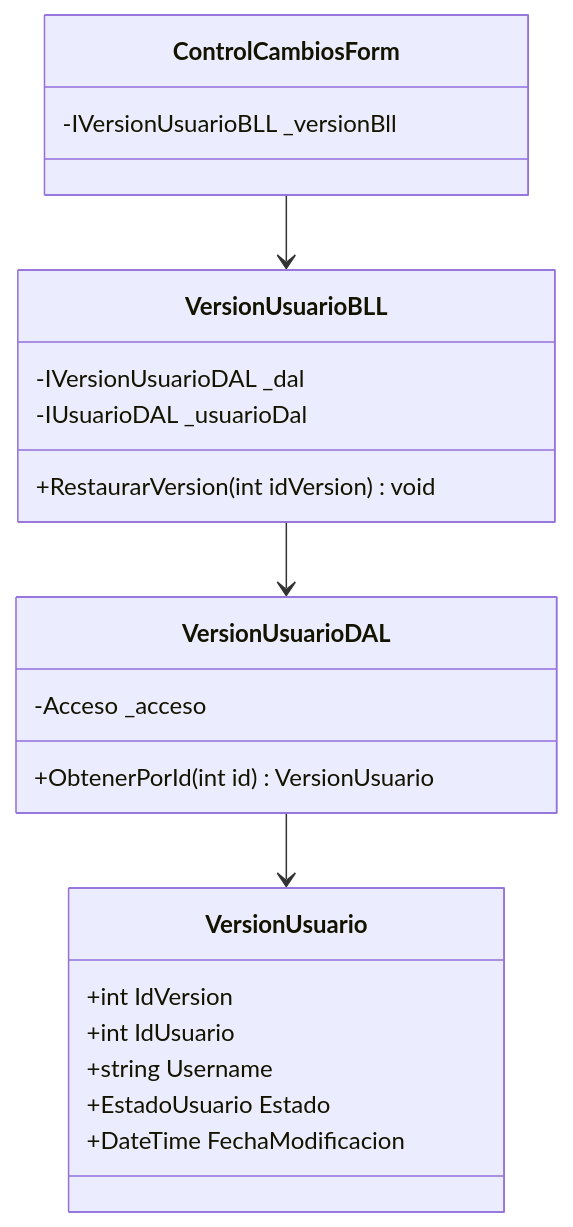
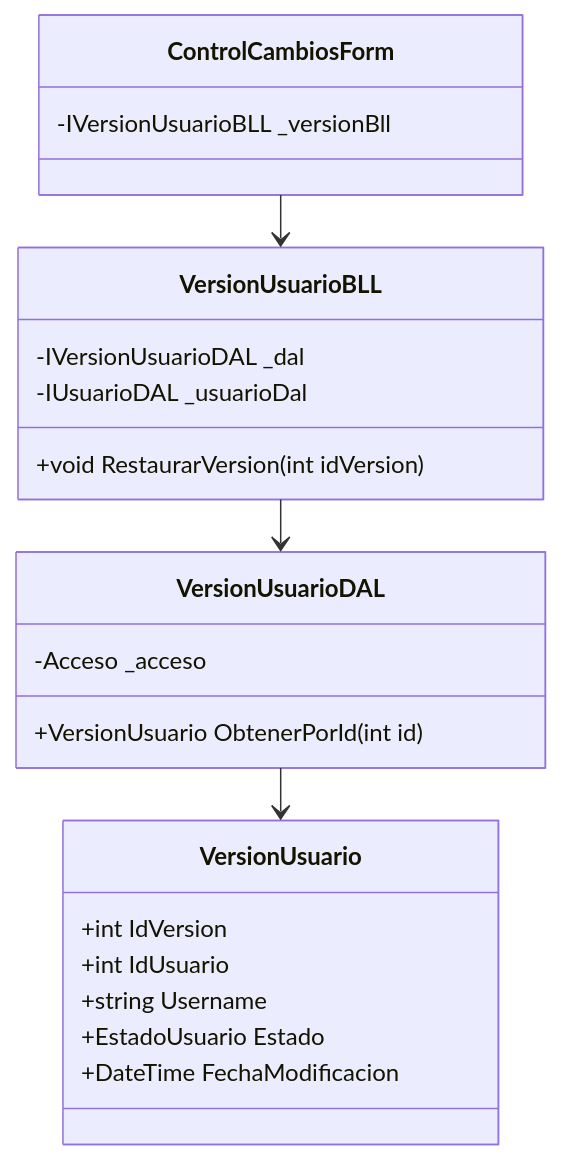
One commit to LautiSmyth/Stach changed diagram 15 of 25 in Documentacion/diagrams_code.md. Above: the diagram before and after it, drawn with Mermaid. The commit also changed other lines of this file, not shown here.

Commit message:
Doc: Format all Mermaid diagrams to match student ELK configuration layout and standard C# member type/name declarations

````diff
--- a/Documentacion/diagrams_code.md
+++ b/Documentacion/diagrams_code.md
@@ -373,25 +411,29 @@
 ```mermaid
+---
+config:
+  layout: elk
+---
 classDiagram
     class ControlCambiosForm {
         -IVersionUsuarioBLL _versionBll
     }
     class VersionUsuarioBLL {
         -IVersionUsuarioDAL _dal
         -IUsuarioDAL _usuarioDal
-        +RestaurarVersion(int idVersion) void
+        +void RestaurarVersion(int idVersion)
     }
     class VersionUsuarioDAL {
         -Acceso _acceso
-        +ObtenerPorId(int id) VersionUsuario
+        +VersionUsuario ObtenerPorId(int id)
     }
     class VersionUsuario {
         +int IdVersion
         +int IdUsuario
         +string Username
         +EstadoUsuario Estado
         +DateTime FechaModificacion
     }
     ControlCambiosForm --> VersionUsuarioBLL
     VersionUsuarioBLL --> VersionUsuarioDAL
     VersionUsuarioDAL --> VersionUsuario
 ```
````
